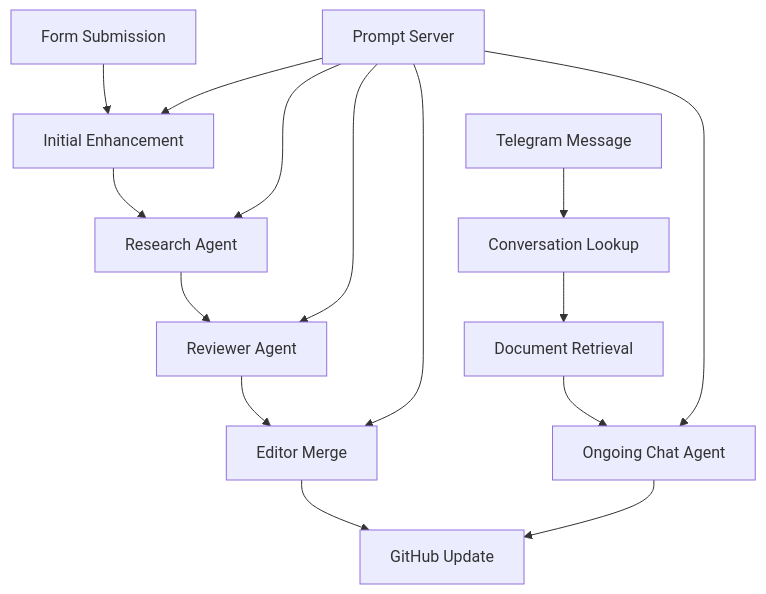
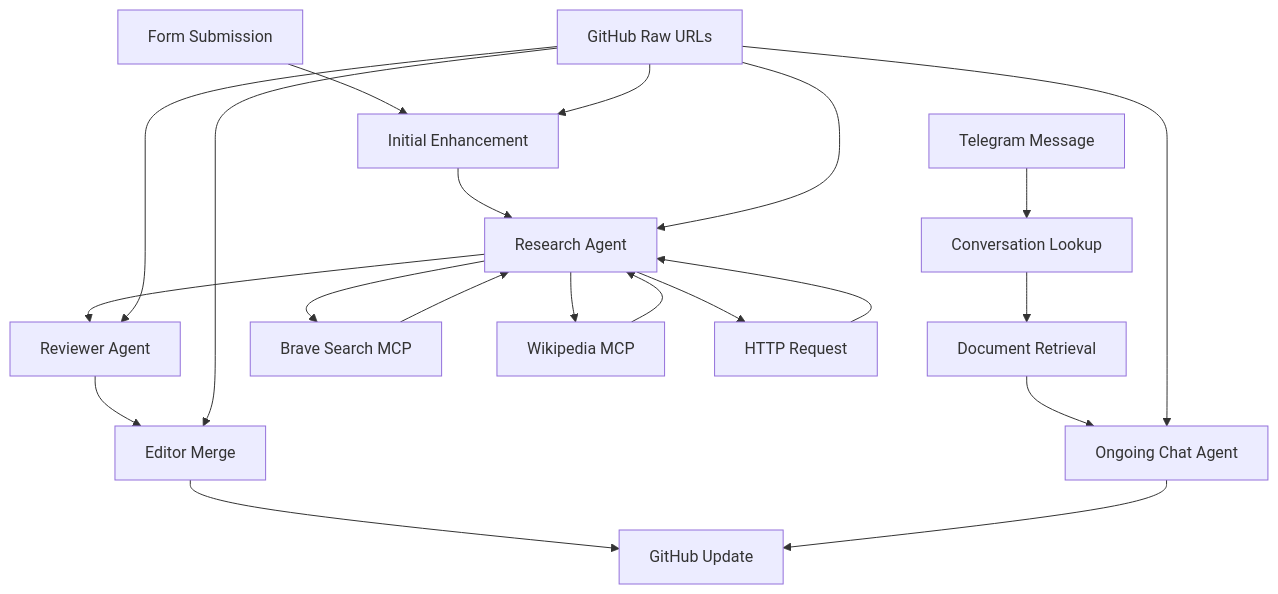
The diagram in README.md (Capp3/n8n-research-bug), drawn with Mermaid before and after one commit. The commit also changed other lines of this file and 64 other files, not shown here.

````diff
--- a/README.md
+++ b/README.md
@@ -198,19 +198,24 @@
 ```mermaid
 graph TD
     A[Form Submission] --> B[Initial Enhancement]
     B --> C[Research Agent]
     C --> D[Reviewer Agent]
     D --> E[Editor Merge]
     E --> F[GitHub Update]
     
     G[Telegram Message] --> H[Conversation Lookup]
     H --> I[Document Retrieval]
     I --> J[Ongoing Chat Agent]
     J --> F
     
-    K[Prompt Server] --> B
+    K[GitHub Raw URLs] --> B
     K --> C
     K --> D
     K --> E
     K --> J
+    
+    C --> C1[Brave Search MCP]
+    C --> C2[Wikipedia MCP]
+    C --> C3[HTTP Request]
+    C1 & C2 & C3 --> C
 ```
````
